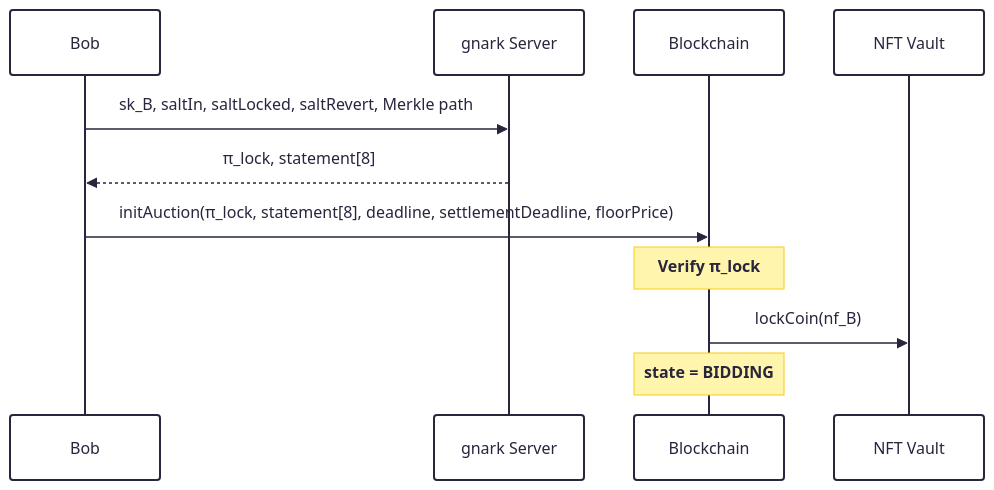
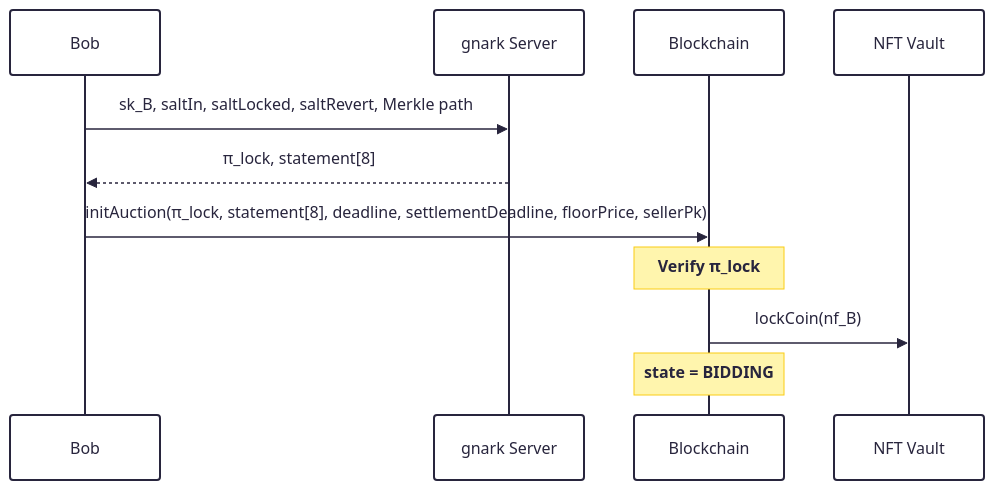
Before and after one commit to raylsnetwork/Enygma: the second of 10 diagrams in enygma_dvp_auctions/docs/protocol_description.md, drawn with Mermaid. The commit also changed other lines of this file and 22 other files, not shown here.

First line of the commit message:
Take the auction's seller payout key on-chain and build bids' commitB from it

````diff
--- a/enygma_dvp_auctions/docs/protocol_description.md
+++ b/enygma_dvp_auctions/docs/protocol_description.md
@@ -157,20 +157,20 @@
 ```mermaid
 ---
 config:
   theme: redux
   look: handDrawn
 ---
 sequenceDiagram
     participant Bob
     participant gnark as gnark Server
     participant Chain as Blockchain
     participant Vault as NFT Vault
 
     Bob->>gnark: sk_B, saltIn, saltLocked, saltRevert, Merkle path
     gnark-->>Bob: π_lock, statement[8]
 
-    Bob->>Chain: initAuction(π_lock, statement[8], deadline, settlementDeadline, floorPrice)
+    Bob->>Chain: initAuction(π_lock, statement[8], deadline, settlementDeadline, floorPrice, sellerPk)
     note over Chain: Verify π_lock
     Chain->>Vault: lockCoin(nf_B)
     note over Chain: state = BIDDING
 ```
````
